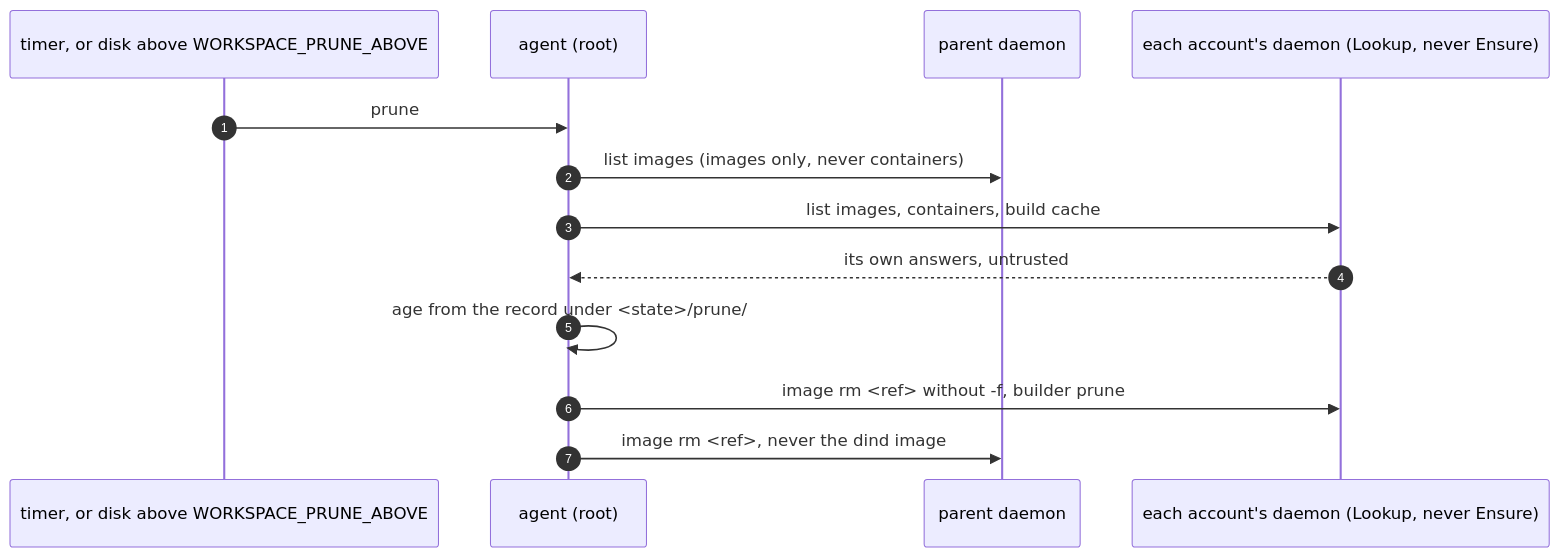
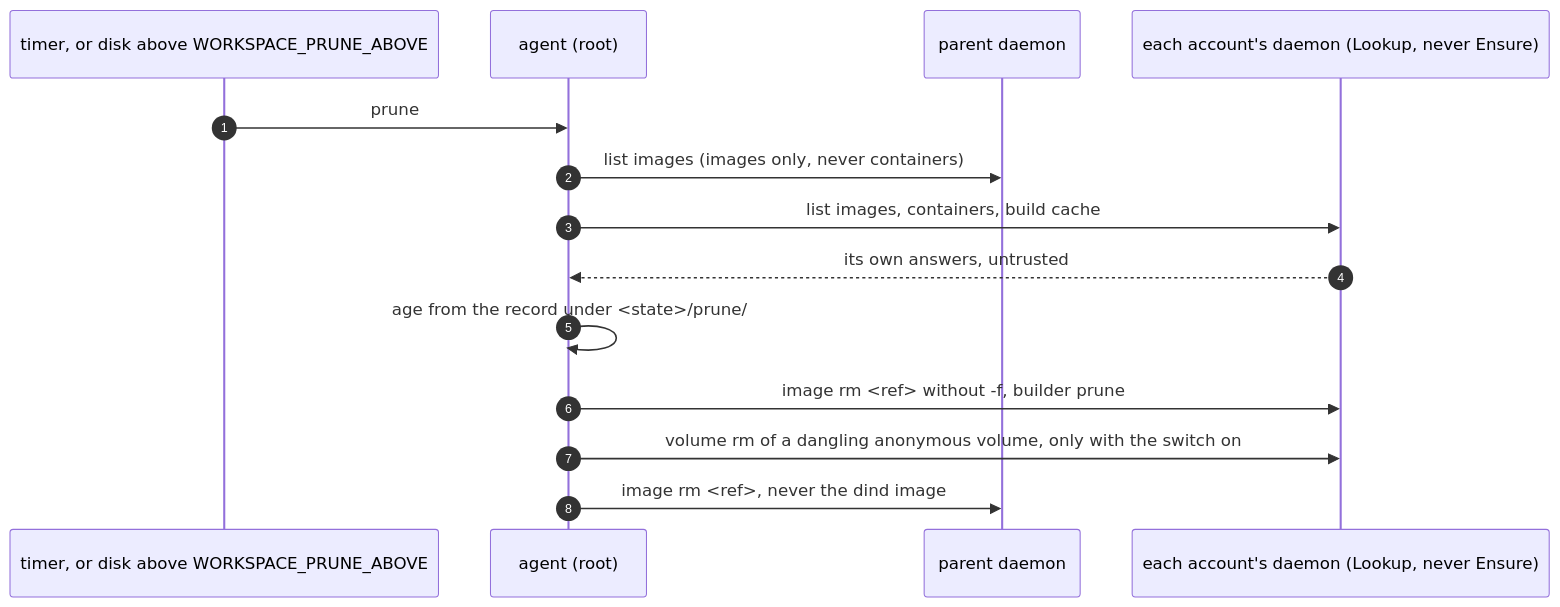
One commit to lhns/remote-docker changed diagram 18 of 19 in docs/threat-model.md. Above: the diagram before and after it, drawn with Mermaid. The commit also changed other lines of this file and 17 other files, not shown here.

First line of the commit message:
Prune dangling anonymous volumes, opt in (#385)

````diff
--- a/docs/threat-model.md
+++ b/docs/threat-model.md
@@ -1713,16 +1725,17 @@
 ```mermaid
 sequenceDiagram
     autonumber
     participant T as timer, or disk above WORKSPACE_PRUNE_ABOVE
     participant A as agent (root)
     participant P as parent daemon
     participant D as each account's daemon (Lookup, never Ensure)
 
     T->>A: prune
     A->>P: list images (images only, never containers)
     A->>D: list images, containers, build cache
     D-->>A: its own answers, untrusted
     A->>A: age from the record under <state>/prune/
     A->>D: image rm <ref> without -f, builder prune
+    A->>D: volume rm of a dangling anonymous volume, only with the switch on
     A->>P: image rm <ref>, never the dind image
 ```
````
